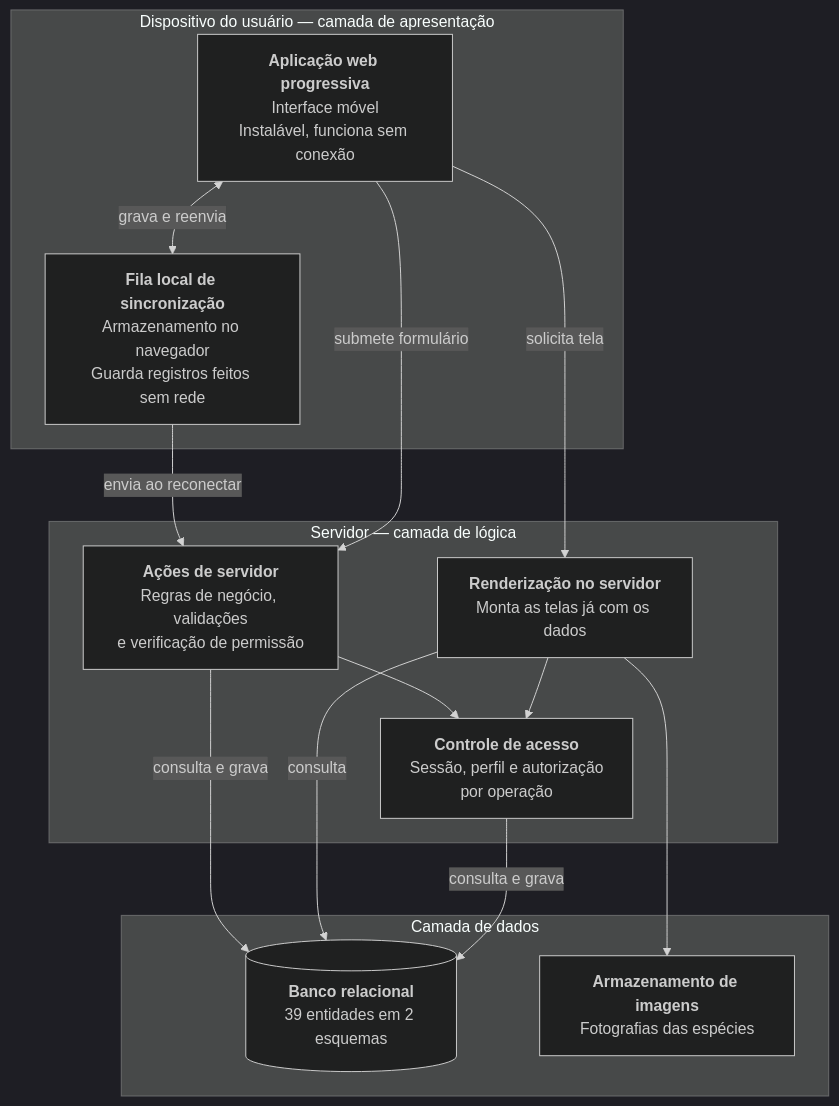
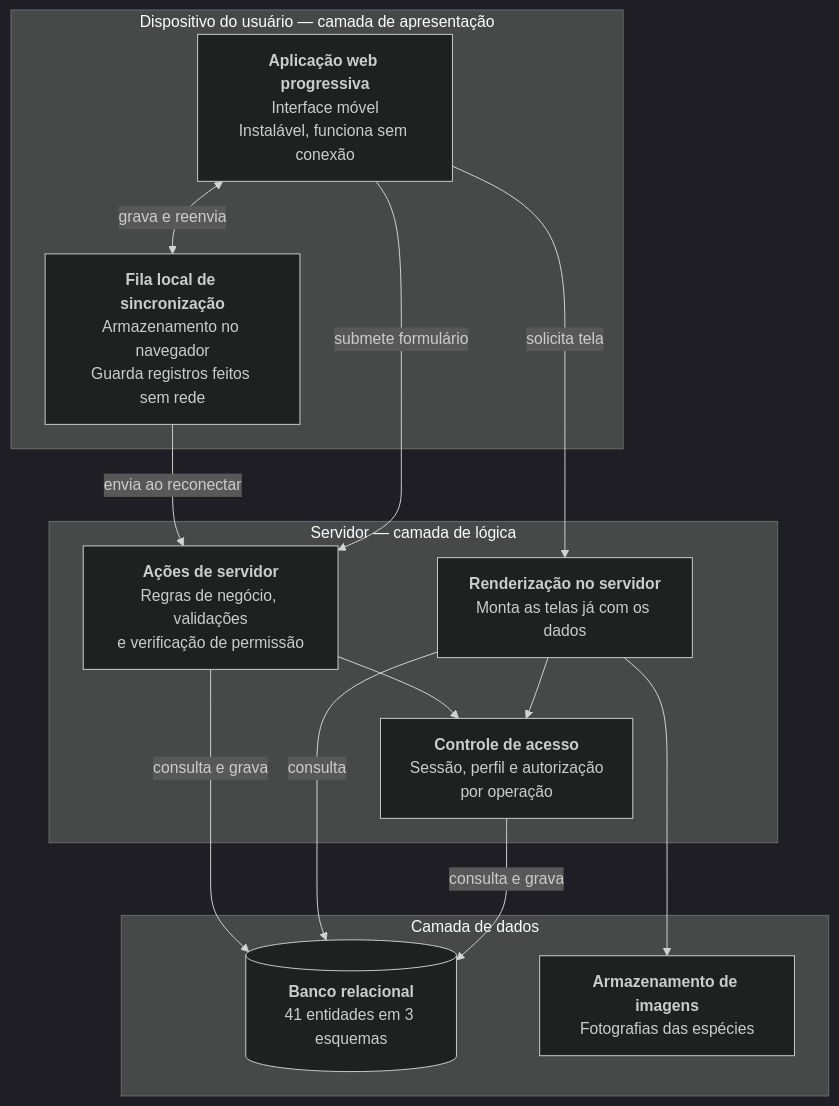
The second of 3 diagrams in docs/engenharia/D-arquitetura/D1-arquitetura-c4.md (JoaoMudar/mudar), drawn with Mermaid (dark theme) before and after one commit. The commit also changed other lines of this file and 34 other files, not shown here.

````diff
--- a/docs/engenharia/D-arquitetura/D1-arquitetura-c4.md
+++ b/docs/engenharia/D-arquitetura/D1-arquitetura-c4.md
@@ -73,30 +73,30 @@
 ```mermaid
 graph TB
   subgraph disp["Dispositivo do usuário — camada de apresentação"]
     PWA["<b>Aplicação web progressiva</b><br/>Interface móvel<br/>Instalável, funciona sem conexão"]
     FILA["<b>Fila local de sincronização</b><br/>Armazenamento no navegador<br/>Guarda registros feitos sem rede"]
   end
 
   subgraph srv["Servidor — camada de lógica"]
     REND["<b>Renderização no servidor</b><br/>Monta as telas já com os dados"]
     ACOES["<b>Ações de servidor</b><br/>Regras de negócio, validações<br/>e verificação de permissão"]
     AUTH["<b>Controle de acesso</b><br/>Sessão, perfil e autorização<br/>por operação"]
   end
 
   subgraph dados["Camada de dados"]
-    BD[("<b>Banco relacional</b><br/>39 entidades em 2 esquemas")]
+    BD[("<b>Banco relacional</b><br/>41 entidades em 3 esquemas")]
     ARQ["<b>Armazenamento de imagens</b><br/>Fotografias das espécies"]
   end
 
   PWA -->|"solicita tela"| REND
   PWA -->|"submete formulário"| ACOES
   PWA <-->|"grava e reenvia"| FILA
   FILA -->|"envia ao reconectar"| ACOES
 
   REND --> AUTH
   ACOES --> AUTH
   AUTH -->|"consulta e grava"| BD
   REND -->|"consulta"| BD
   ACOES -->|"consulta e grava"| BD
   REND --> ARQ
 ```
````
